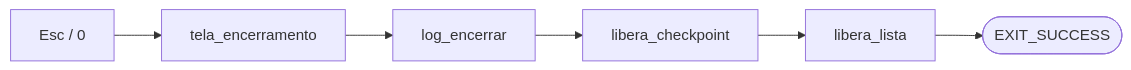
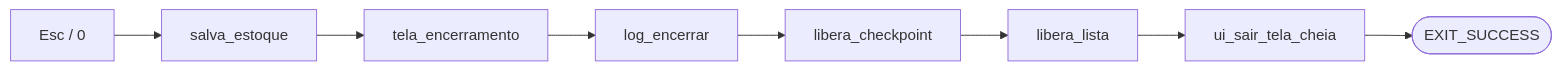
The diagram in docs/funcionalidades/13-sair.md (Grolla05/OhmFlow), drawn with Mermaid before and after one commit. The commit also changed other lines of this file and 15 other files, not shown here.

````diff
--- a/docs/funcionalidades/13-sair.md
+++ b/docs/funcionalidades/13-sair.md
@@ -36,4 +37,4 @@
 ```mermaid
 flowchart LR
-    A["Esc / 0"] --> B["tela_encerramento"] --> C["log_encerrar"] --> D["libera_checkpoint"] --> E["libera_lista"] --> F(["EXIT_SUCCESS"])
+    A["Esc / 0"] --> S["salva_estoque"] --> B["tela_encerramento"] --> C["log_encerrar"] --> D["libera_checkpoint"] --> E["libera_lista"] --> G["ui_sair_tela_cheia"] --> F(["EXIT_SUCCESS"])
 ```
````
